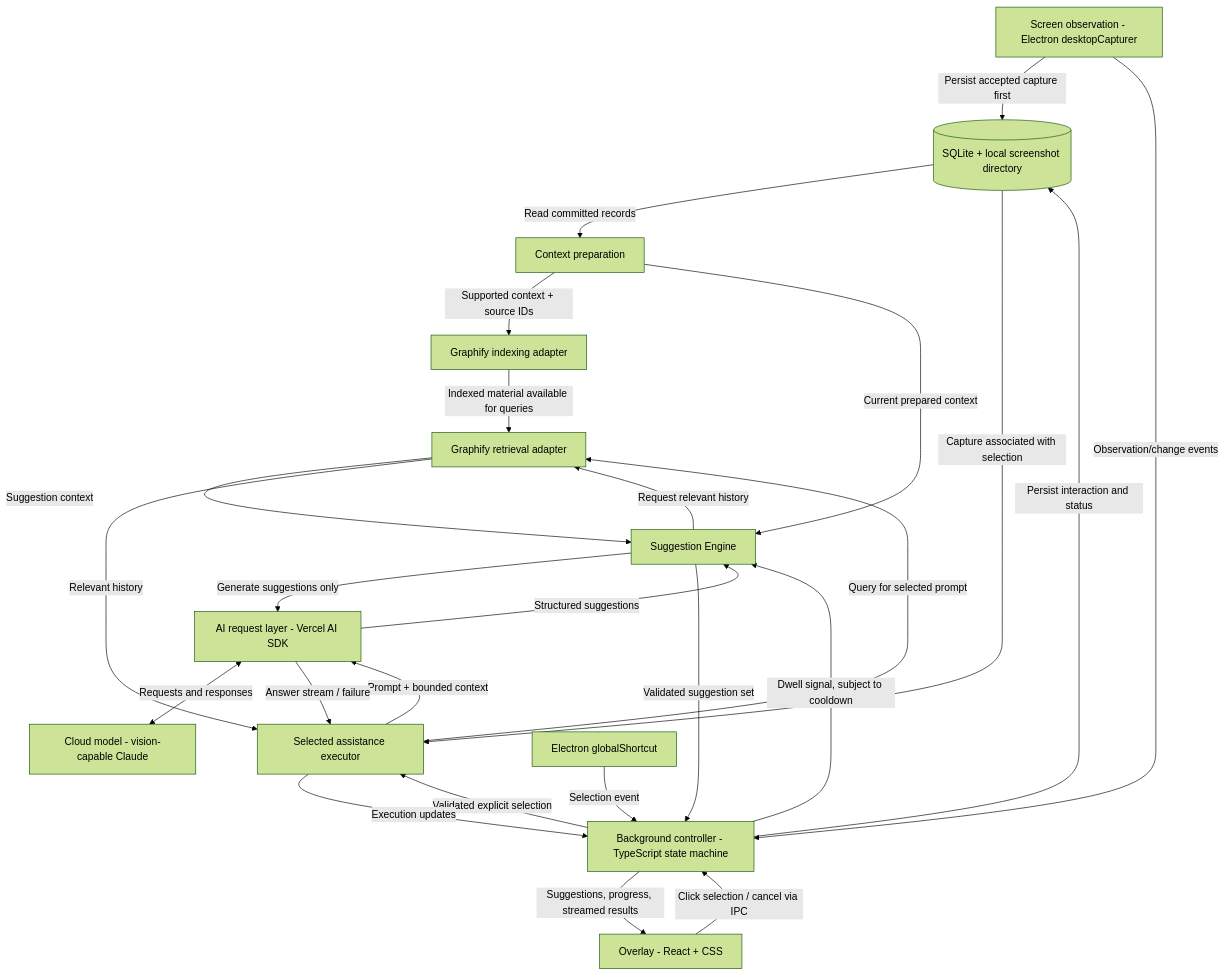
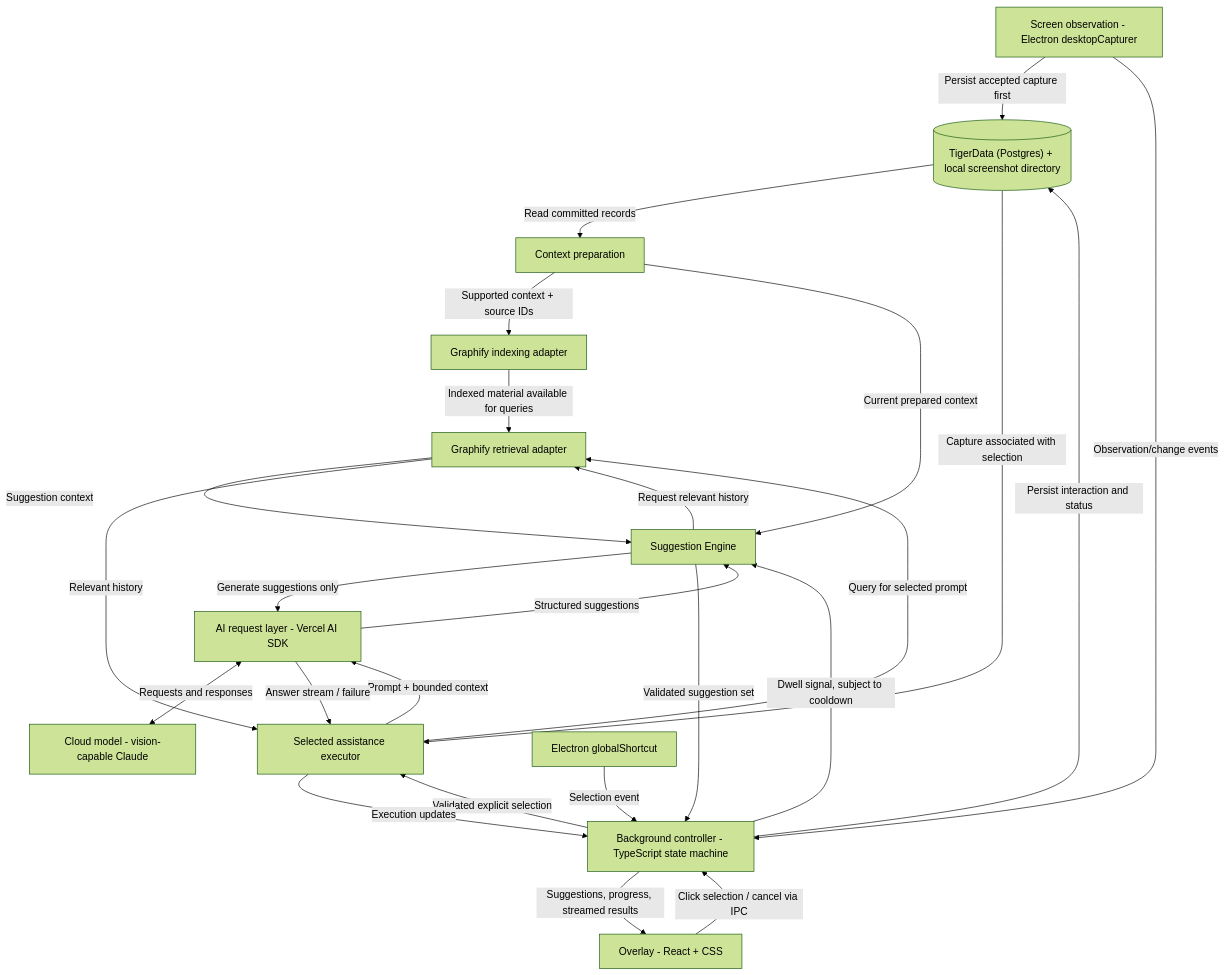
One commit to evandong1976/Klair changed the diagram in MEGA_PROMPT.md. Above: the diagram before and after it, drawn with Mermaid (forest theme). The commit also changed other lines of this file and 1 other file, not shown here.

````diff
--- a/MEGA_PROMPT.md
+++ b/MEGA_PROMPT.md
@@ -35,40 +35,40 @@
 ```mermaid
 flowchart TD
     Capture["Screen observation - Electron desktopCapturer"]
-    Store[("SQLite + local screenshot directory")]
+    Store[("TigerData (Postgres) + local screenshot directory")]
     Prepare["Context preparation"]
     Index["Graphify indexing adapter"]
     Retrieve["Graphify retrieval adapter"]
     Controller["Background controller - TypeScript state machine"]
     Suggest["Suggestion Engine"]
     Execute["Selected assistance executor"]
     AI["AI request layer - Vercel AI SDK"]
     Model["Cloud model - vision-capable Claude"]
     UI["Overlay - React + CSS"]
     Keys["Electron globalShortcut"]
 
     Capture -->|"Persist accepted capture first"| Store
     Store -->|"Read committed records"| Prepare
     Prepare -->|"Supported context + source IDs"| Index
     Index -->|"Indexed material available for queries"| Retrieve
     Capture -->|"Observation/change events"| Controller
     Controller -->|"Dwell signal, subject to cooldown"| Suggest
     Prepare -->|"Current prepared context"| Suggest
     Suggest -->|"Request relevant history"| Retrieve
     Retrieve -->|"Suggestion context"| Suggest
     Suggest -->|"Generate suggestions only"| AI
     AI <-->|"Requests and responses"| Model
     AI -->|"Structured suggestions"| Suggest
     Suggest -->|"Validated suggestion set"| Controller
     Controller -->|"Suggestions, progress, streamed results"| UI
     Keys -->|"Selection event"| Controller
     UI -->|"Click selection / cancel via IPC"| Controller
     Controller -->|"Validated explicit selection"| Execute
     Store -->|"Capture associated with selection"| Execute
     Execute -->|"Query for selected prompt"| Retrieve
     Retrieve -->|"Relevant history"| Execute
     Execute -->|"Prompt + bounded context"| AI
     AI -->|"Answer stream / failure"| Execute
     Execute -->|"Execution updates"| Controller
     Controller -->|"Persist interaction and status"| Store
 ```
````
